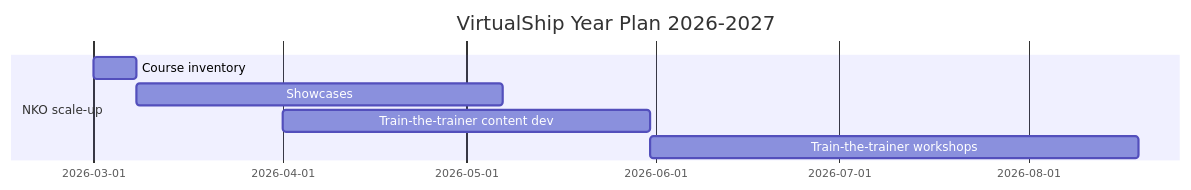
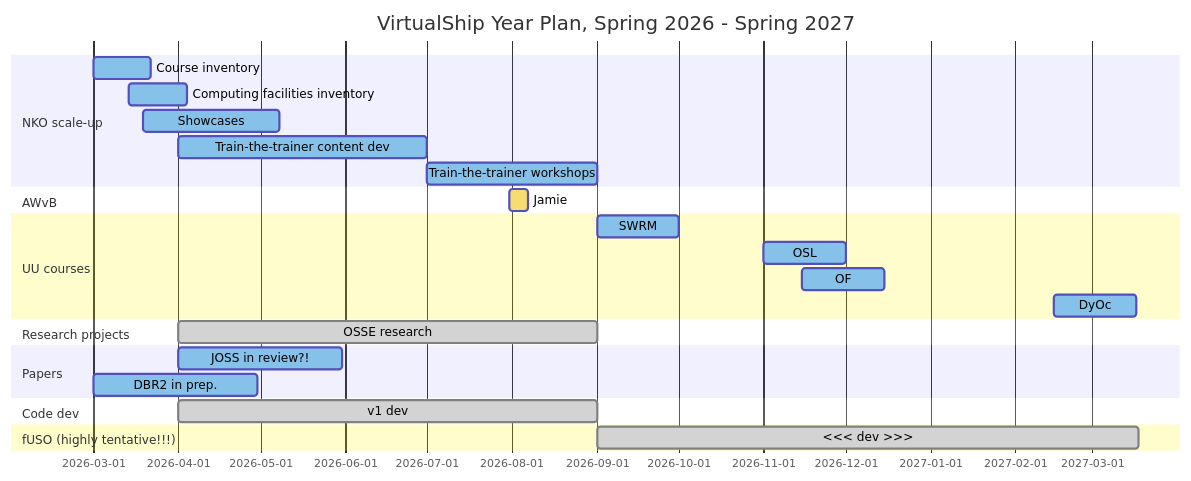
One commit to Parcels-code/virtualship changed the diagram in docs/user-guide/developer-content/gantt_2026-27.md. Above: the diagram before and after it, drawn with Mermaid.

Commit message:
continue populating chart

````diff
--- a/docs/user-guide/developer-content/gantt_2026-27.md
+++ b/docs/user-guide/developer-content/gantt_2026-27.md
@@ -1,17 +1,47 @@
 ```mermaid
 ---
 config:
   theme: default
 ---
+%%{init: { 'themeVariables': {
+    'doneTaskBkgColor': '#d3d3d3',
+    'activeTaskBkgColor': '#85C1E9',
+    'taskBkgColor': '#F7DC6F',
+    'critBorderColor': '#ff0000'
+}}}%%
 gantt
-    title VirtualShip Year Plan 2026-2027
+    title VirtualShip Year Plan, Spring 2026 - Spring 2027
     dateFormat  YYYY-MM-DD
     tickInterval 1month
     weekday monday
 
     section NKO scale-up
-    Course inventory    :a1, 2026-03-01, 7d
-    Showcases           :after a1, 60d
-    Train-the-trainer content dev   :a3, 2026-04-01, 60d
-    Train-the-trainer workshops :after a3, 80d
+    Course inventory    :active, 2026-03-01, 21d
+    Computing facilities inventory :active, 2026-03-14, 21d
+    Showcases           :active, 2026-03-19, 50d
+    Train-the-trainer content dev   :active, 2026-04-01, 91d
+    Train-the-trainer workshops :active, 2026-07-01, 62d
+
+    section AWvB
+    Jamie :, 2026-07-31, 7d
+
+    section UU courses
+    SWRM :active, 2026-09-01, 30d
+    OSL :active, 2026-11-01, 30d
+    OF  :active, 2026-11-15, 30d
+    DyOc :active, 2027-02-15, 30d
+
+    section Research projects
+    OSSE research :done, 2026-04-01, 153d
+
+    section Papers
+    JOSS in review?! :active, 2026-04-01, 60d
+    DBR2 in prep. :active, 2026-03-01, 60d
+
+    section Code dev
+    v1 dev       :done, 2026-04-01, 153d
+
+    section fUSO (highly tentative!!!)
+    <<< dev >>> :done, 2026-09-01, 198d
+
 ```
````
